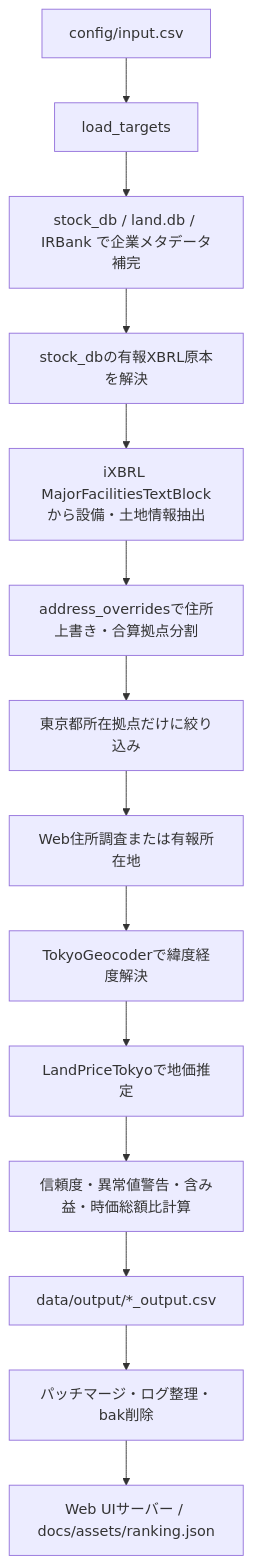
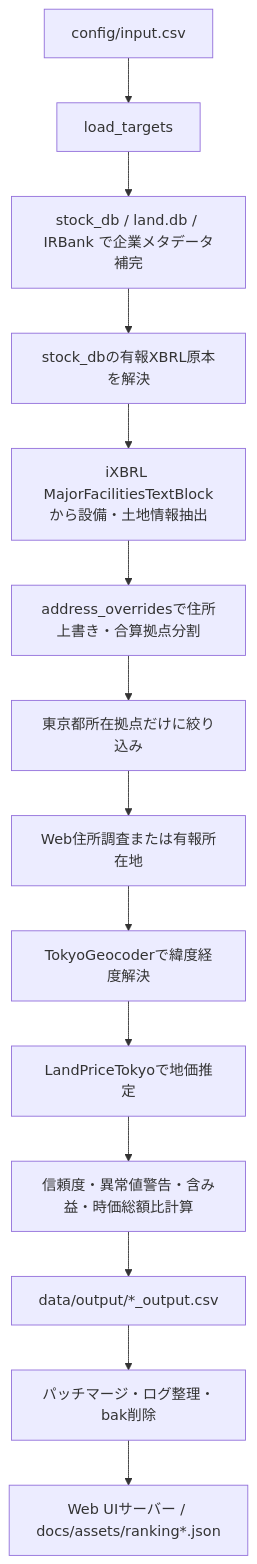
Before and after one commit to expgolemclone/land_value_research: the diagram in ARCHITECTURE.md, drawn with Mermaid. The commit also changed other lines of this file and 8 other files, not shown here.

````diff
--- a/ARCHITECTURE.md
+++ b/ARCHITECTURE.md
@@ -219,16 +219,16 @@
 ```mermaid
 flowchart TD
     A[config/input.csv] --> B[load_targets]
     B --> C[stock_db / land.db / IRBank で企業メタデータ補完]
     C --> D[stock_dbの有報XBRL原本を解決]
     D --> E[iXBRL MajorFacilitiesTextBlockから設備・土地情報抽出]
     E --> F[address_overridesで住所上書き・合算拠点分割]
     F --> G[東京都所在拠点だけに絞り込み]
     G --> H[Web住所調査または有報所在地]
     H --> I[TokyoGeocoderで緯度経度解決]
     I --> J[LandPriceTokyoで地価推定]
     J --> K[信頼度・異常値警告・含み益・時価総額比計算]
     K --> L[data/output/*_output.csv]
     L --> M[パッチマージ・ログ整理・bak削除]
-    M --> N[Web UIサーバー / docs/assets/ranking.json]
+    M --> N[Web UIサーバー / docs/assets/ranking*.json]
 ```
````
